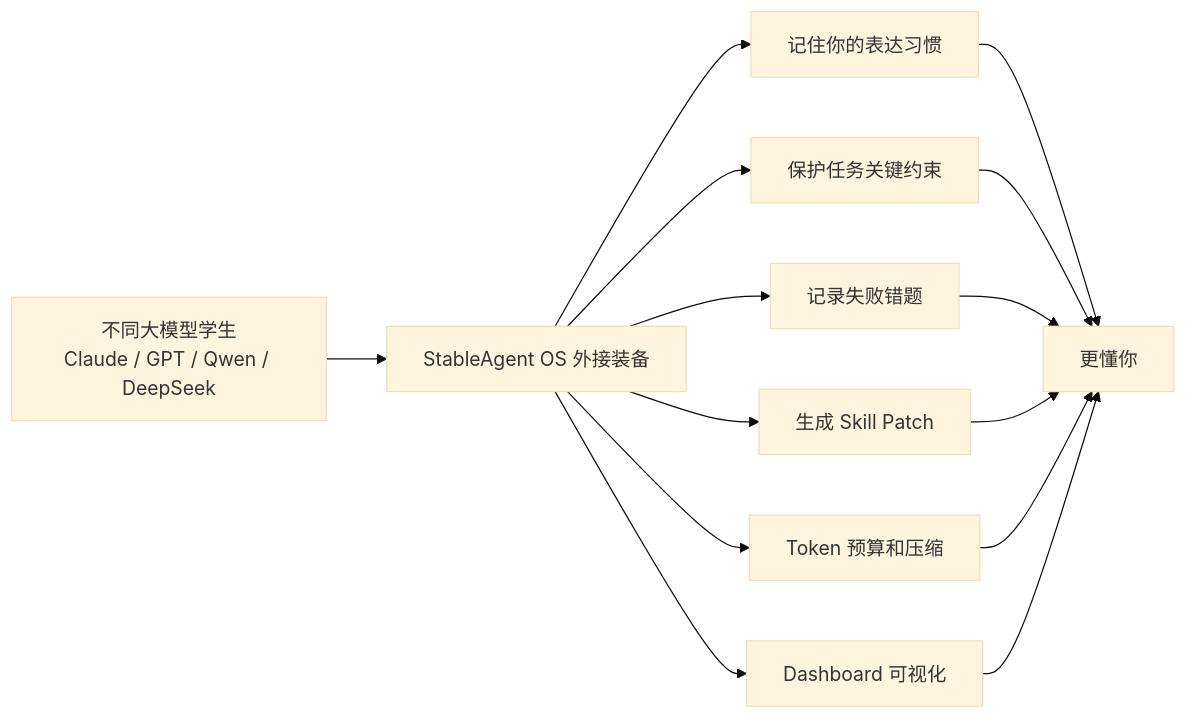
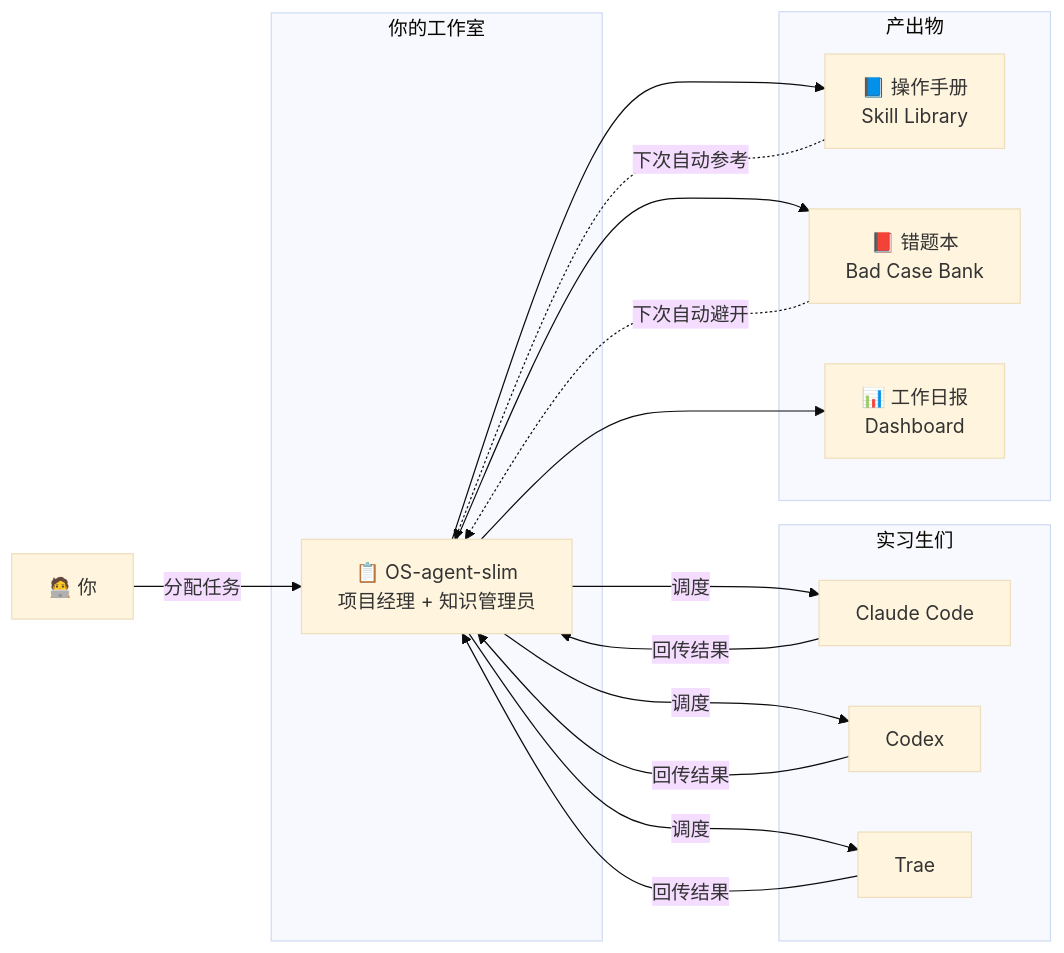
Before and after one commit to liuanye9-lab/OS-agent-slim: the first of 7 diagrams in README.md, drawn with Mermaid (base theme). The commit also changed other lines of this file, not shown here.

````diff
--- a/README.md
+++ b/README.md
@@ -142,16 +27,31 @@
 ```mermaid
 flowchart LR
-    A[不同大模型学生<br/>Claude / GPT / Qwen / DeepSeek] --> B[StableAgent OS 外接装备]
-    B --> C[记住你的表达习惯]
-    B --> D[保护任务关键约束]
-    B --> E[记录失败错题]
-    B --> F[生成 Skill Patch]
-    B --> G[Token 预算和压缩]
-    B --> H[Dashboard 可视化]
-    C --> I[更懂你]
-    D --> I
-    E --> I
-    F --> I
-    G --> I
-    H --> I
+    subgraph 你的工作室
+        PM[📋 OS-agent-slim<br/>项目经理 + 知识管理员]
+    end
+
+    subgraph 实习生们
+        A[Claude Code]
+        B[Codex]
+        C[Trae]
+    end
+
+    subgraph 产出物
+        D[📘 操作手册<br/>Skill Library]
+        E[📕 错题本<br/>Bad Case Bank]
+        F[📊 工作日报<br/>Dashboard]
+    end
+
+    你[🧑‍💻 你] -->|分配任务| PM
+    PM -->|调度| A
+    PM -->|调度| B
+    PM -->|调度| C
+    A -->|回传结果| PM
+    B -->|回传结果| PM
+    C -->|回传结果| PM
+    PM --> D
+    PM --> E
+    PM --> F
+    D -.->|下次自动参考| PM
+    E -.->|下次自动避开| PM
 ```
````
